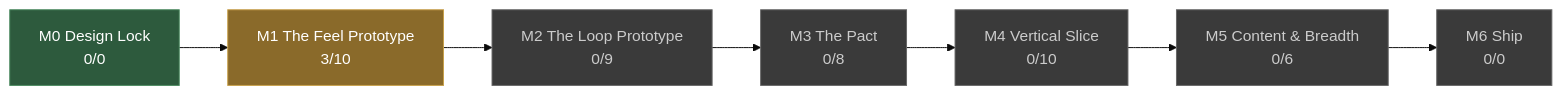
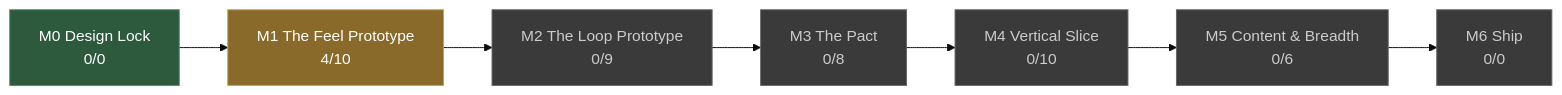
One commit to JoshuaGessner/she changed the diagram in docs/STATUS.md. Above: the diagram before and after it, drawn with Mermaid (base theme). The commit also changed other lines of this file and 24 other files, not shown here.

````diff
--- a/docs/STATUS.md
+++ b/docs/STATUS.md
@@ -13,19 +13,19 @@
 ```mermaid
 flowchart LR
   M0["M0 Design Lock<br/>0/0"]:::passed
-  M1["M1 The Feel Prototype<br/>3/10"]:::current
+  M1["M1 The Feel Prototype<br/>4/10"]:::current
   M0 --> M1
   M2["M2 The Loop Prototype<br/>0/9"]:::ahead
   M1 --> M2
   M3["M3 The Pact<br/>0/8"]:::ahead
   M2 --> M3
   M4["M4 Vertical Slice<br/>0/10"]:::ahead
   M3 --> M4
   M5["M5 Content & Breadth<br/>0/6"]:::ahead
   M4 --> M5
   M6["M6 Ship<br/>0/0"]:::ahead
   M5 --> M6
   classDef passed fill:#2d5a3d,stroke:#4a8a5f,color:#fff
   classDef current fill:#8a6a2a,stroke:#c8a04a,color:#fff
   classDef ahead fill:#3a3a3a,stroke:#666,color:#ccc
 ```
````
